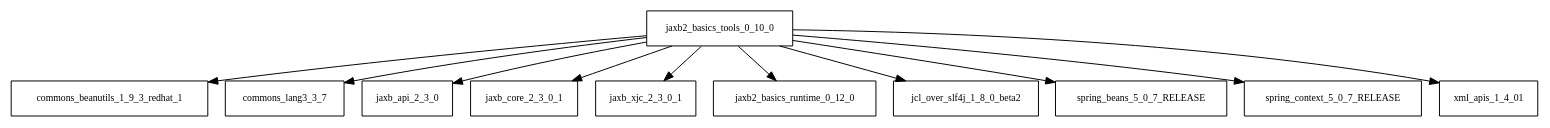
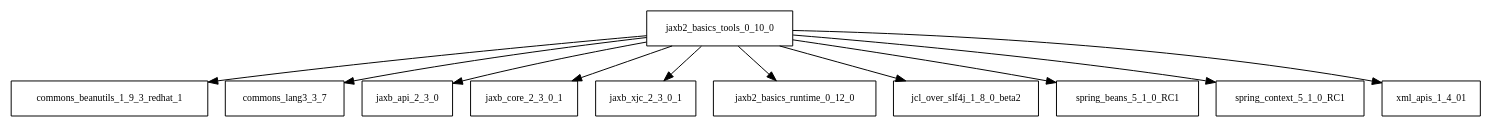
One commit to sjvs/cia changed the diagram in tattleTaleReport/graphviz/jaxb2-basics-tools-0.10.0.jar/jaxb2-basics-tools-0.10.0.jar.dot. Above: the diagram before and after it, drawn with Graphviz. The commit also changed 2737 other files, not shown here.

```diff
--- a/tattleTaleReport/graphviz/jaxb2-basics-tools-0.10.0.jar/jaxb2-basics-tools-0.10.0.jar.dot
+++ b/tattleTaleReport/graphviz/jaxb2-basics-tools-0.10.0.jar/jaxb2-basics-tools-0.10.0.jar.dot
@@ -1,13 +1,13 @@
 digraph jaxb2_basics_tools_0_10_0_dependencies {
   node [shape = box, fontsize=10.0];
   jaxb2_basics_tools_0_10_0 -> commons_beanutils_1_9_3_redhat_1;
   jaxb2_basics_tools_0_10_0 -> commons_lang3_3_7;
   jaxb2_basics_tools_0_10_0 -> jaxb_api_2_3_0;
   jaxb2_basics_tools_0_10_0 -> jaxb_core_2_3_0_1;
   jaxb2_basics_tools_0_10_0 -> jaxb_xjc_2_3_0_1;
   jaxb2_basics_tools_0_10_0 -> jaxb2_basics_runtime_0_12_0;
   jaxb2_basics_tools_0_10_0 -> jcl_over_slf4j_1_8_0_beta2;
-  jaxb2_basics_tools_0_10_0 -> spring_beans_5_0_7_RELEASE;
-  jaxb2_basics_tools_0_10_0 -> spring_context_5_0_7_RELEASE;
+  jaxb2_basics_tools_0_10_0 -> spring_beans_5_1_0_RC1;
+  jaxb2_basics_tools_0_10_0 -> spring_context_5_1_0_RC1;
   jaxb2_basics_tools_0_10_0 -> xml_apis_1_4_01;
 }
```
